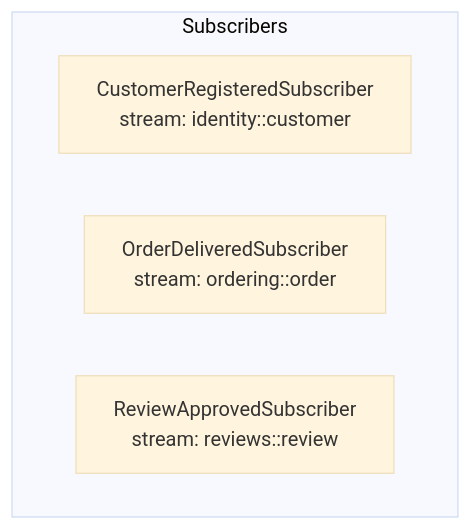
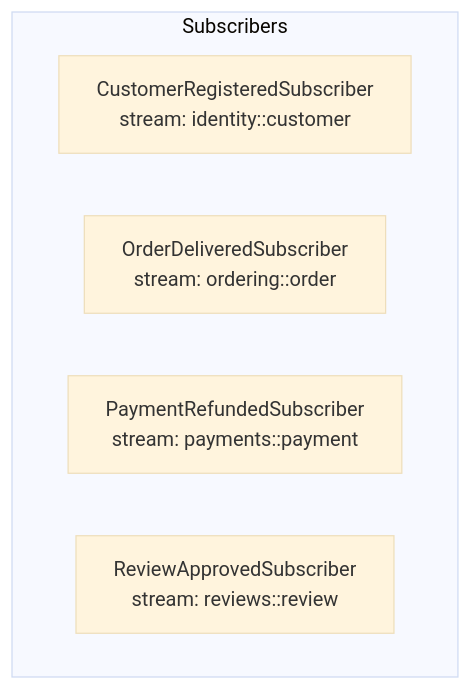
The fifth of 9 diagrams in docs/loyalty/handler-wiring.md (proteanhq/shopstream), drawn with Mermaid (base theme) before and after one commit. The commit also changed 15 other files, not shown here.

First line of the commit message:
loyalty: Payments->Loyalty refund clawback (backlog #4) (#19)

````diff
--- a/docs/loyalty/handler-wiring.md
+++ b/docs/loyalty/handler-wiring.md
@@ -60,8 +60,9 @@
 ```mermaid
 flowchart TD
     subgraph subscribers["Subscribers"]
         sub_loyalty_reward_identity_subscriber_CustomerRegisteredSubscriber[CustomerRegisteredSubscriber\nstream: identity::customer]
         sub_loyalty_reward_ordering_subscriber_OrderDeliveredSubscriber[OrderDeliveredSubscriber\nstream: ordering::order]
+        sub_loyalty_reward_payments_subscriber_PaymentRefundedSubscriber[PaymentRefundedSubscriber\nstream: payments::payment]
         sub_loyalty_reward_reviews_subscriber_ReviewApprovedSubscriber[ReviewApprovedSubscriber\nstream: reviews::review]
     end
 ```
````
